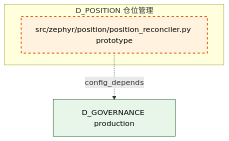
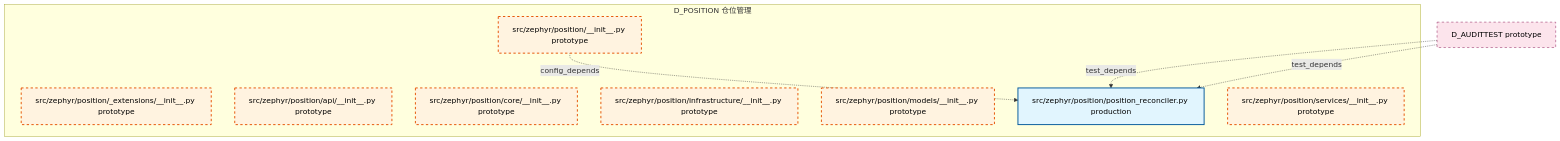
The diagram in docs/02_enterprise_architecture/02_domain_architecture_docs/46_d_position.md (xuanFelixVan/ZephyrAlpha), drawn with Mermaid before and after one commit. The commit also changed other lines of this file and 105 other files, not shown here.

````diff
--- a/docs/02_enterprise_architecture/02_domain_architecture_docs/46_d_position.md
+++ b/docs/02_enterprise_architecture/02_domain_architecture_docs/46_d_position.md
@@ -47,14 +47,24 @@
 ```mermaid
 graph TD
     subgraph D_POSITION["D_POSITION 仓位管理"]
-        src_zephyr_position_position_reconciler_py["src/zephyr/position/position_reconciler.py prototype"]
+        src_zephyr_position_init_py["src/zephyr/position/__init__.py prototype"]
+        src_zephyr_position_extensions_init_py["src/zephyr/position/_extensions/__init__.py prototype"]
+        src_zephyr_position_api_init_py["src/zephyr/position/api/__init__.py prototype"]
+        src_zephyr_position_core_init_py["src/zephyr/position/core/__init__.py prototype"]
+        src_zephyr_position_infrastructure_init_py["src/zephyr/position/infrastructure/__init__.py prototype"]
+        src_zephyr_position_models_init_py["src/zephyr/position/models/__init__.py prototype"]
+        src_zephyr_position_position_reconciler_py["src/zephyr/position/position_reconciler.py production"]
+        src_zephyr_position_services_init_py["src/zephyr/position/services/__init__.py prototype"]
     end
-    D_GOVERNANCE["D_GOVERNANCE production"]
-    src_zephyr_position_position_reconciler_py -.->|config_depends| D_GOVERNANCE
+    src_zephyr_position_init_py -.->|config_depends| src_zephyr_position_position_reconciler_py
+    D_AUDITTEST["D_AUDITTEST prototype"]
+    D_AUDITTEST -.->|test_depends| src_zephyr_position_position_reconciler_py
+    D_AUDITTEST -.->|test_depends| src_zephyr_position_position_reconciler_py
     classDef production fill:#e1f5fe,stroke:#01579b,stroke-width:2px,color:#000
     classDef design fill:#fff3e0,stroke:#e65100,stroke-width:2px,color:#000,stroke-dasharray: 5 5
     classDef external_prod fill:#e8f5e9,stroke:#1b5e20,stroke-width:1px,color:#000
     classDef external_design fill:#fce4ec,stroke:#880e4f,stroke-width:1px,color:#000,stroke-dasharray: 5 5
-    class src_zephyr_position_position_reconciler_py design
-    class D_GOVERNANCE external_prod
+    class src_zephyr_position_position_reconciler_py production
+    class src_zephyr_position_init_py,src_zephyr_position_extensions_init_py,src_zephyr_position_api_init_py,src_zephyr_position_core_init_py,src_zephyr_position_infrastructure_init_py,src_zephyr_position_models_init_py,src_zephyr_position_services_init_py design
+    class D_AUDITTEST external_design
 ```
````
